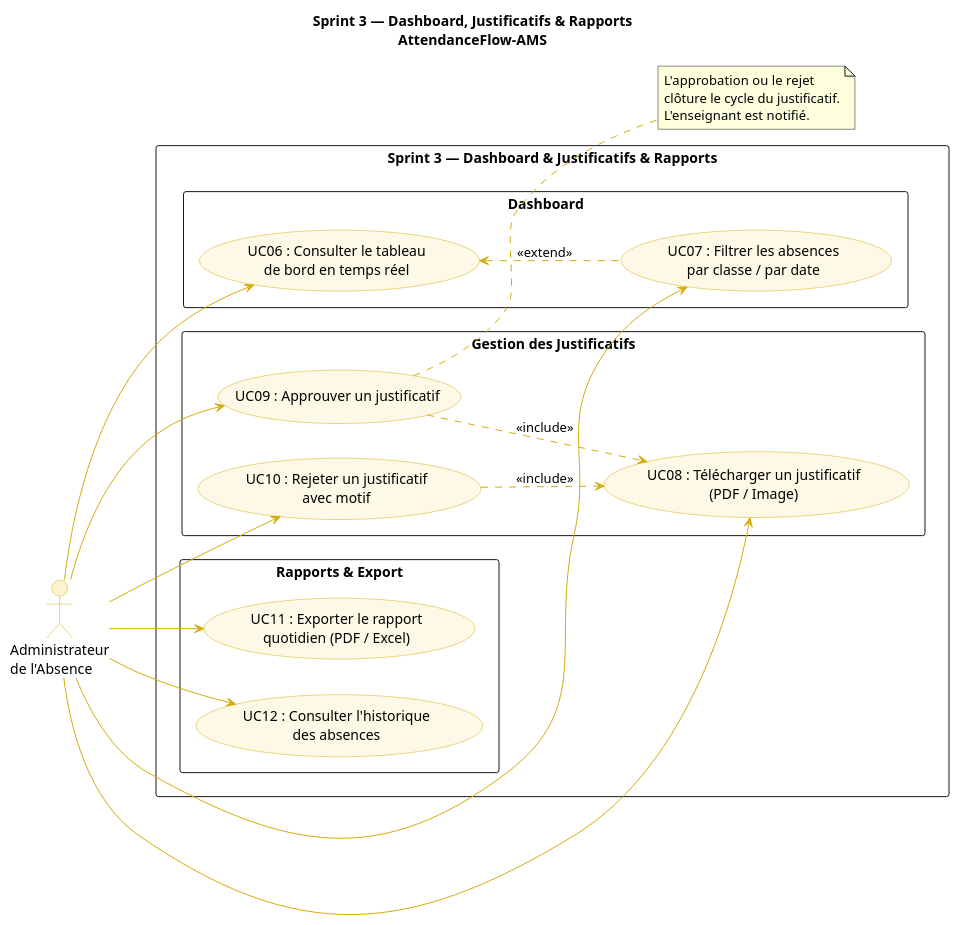
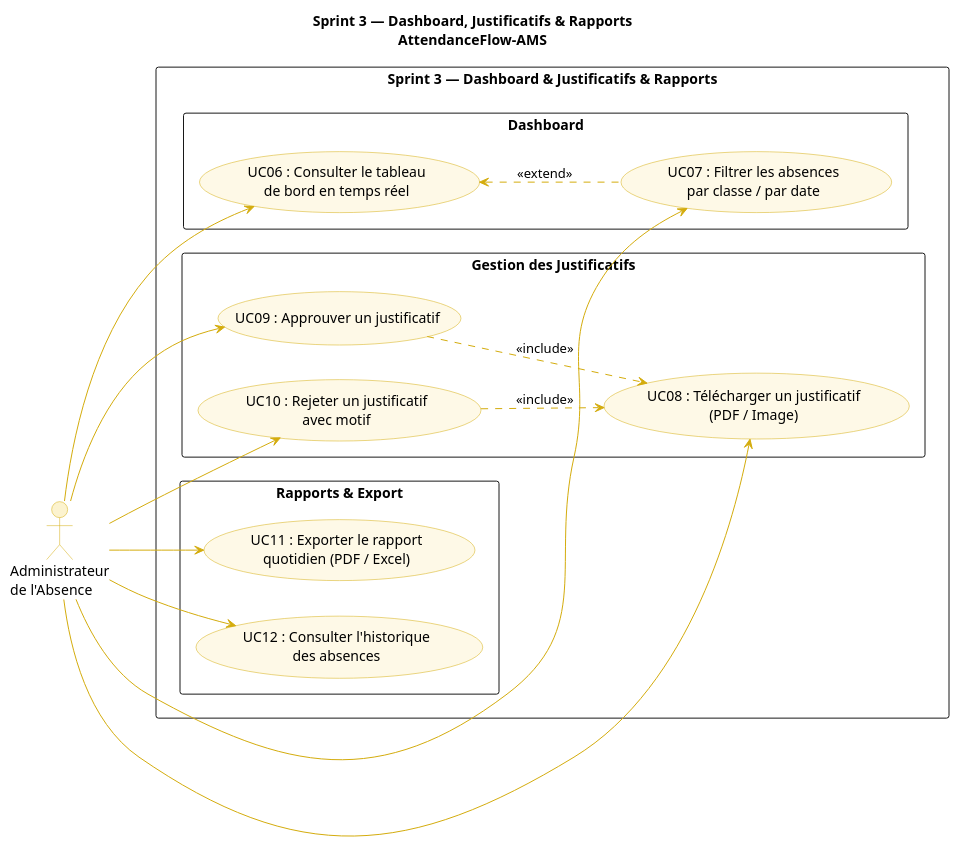
One commit to abdelhaymallouli/AttendanceFlow-AMS changed the diagram in Analyse/cas_utilisation/cas_utilisation_sprints/sprint3.puml. Above: the diagram before and after it, drawn with PlantUML. The commit also changed 13 other files, not shown here.

Commit message:
feat: Add detailed functional analysis, use case diagrams, and report build script.

```diff
--- a/Analyse/cas_utilisation/cas_utilisation_sprints/sprint3.puml
+++ b/Analyse/cas_utilisation/cas_utilisation_sprints/sprint3.puml
@@ -1,55 +1,50 @@
 @startuml sprint3
 title Sprint 3 — Dashboard, Justificatifs & Rapports\nAttendanceFlow-AMS
 
 left to right direction
 
 skinparam usecase {
   BackgroundColor #FEF9E7
   BorderColor #D4AC0D
   ArrowColor #D4AC0D
 }
 skinparam actor {
   BorderColor #D4AC0D
   BackgroundColor #FCF3CF
 }
 skinparam packageStyle rectangle
 
 actor "Administrateur\nde l'Absence" as A
 
 rectangle "Sprint 3 — Dashboard & Justificatifs & Rapports" {
 
   package "Dashboard" {
     usecase "UC06 : Consulter le tableau\nde bord en temps réel" as UC06
     usecase "UC07 : Filtrer les absences\npar classe / par date" as UC07
     UC06 <.. UC07 : <<extend>>
   }
 
   package "Gestion des Justificatifs" {
     usecase "UC08 : Télécharger un justificatif\n(PDF / Image)" as UC08
     usecase "UC09 : Approuver un justificatif" as UC09
     usecase "UC10 : Rejeter un justificatif\navec motif" as UC10
     UC09 ..> UC08 : <<include>>
     UC10 ..> UC08 : <<include>>
   }
 
   package "Rapports & Export" {
     usecase "UC11 : Exporter le rapport\nquotidien (PDF / Excel)" as UC11
     usecase "UC12 : Consulter l'historique\ndes absences" as UC12
   }
 }
 
 A --> UC06
 A --> UC07
 A --> UC08
 A --> UC09
 A --> UC10
 A --> UC11
 A --> UC12
 
-note right of UC09
-  L'approbation ou le rejet
-  clôture le cycle du justificatif.
-  L'enseignant est notifié.
-end note
 
 @enduml
```
